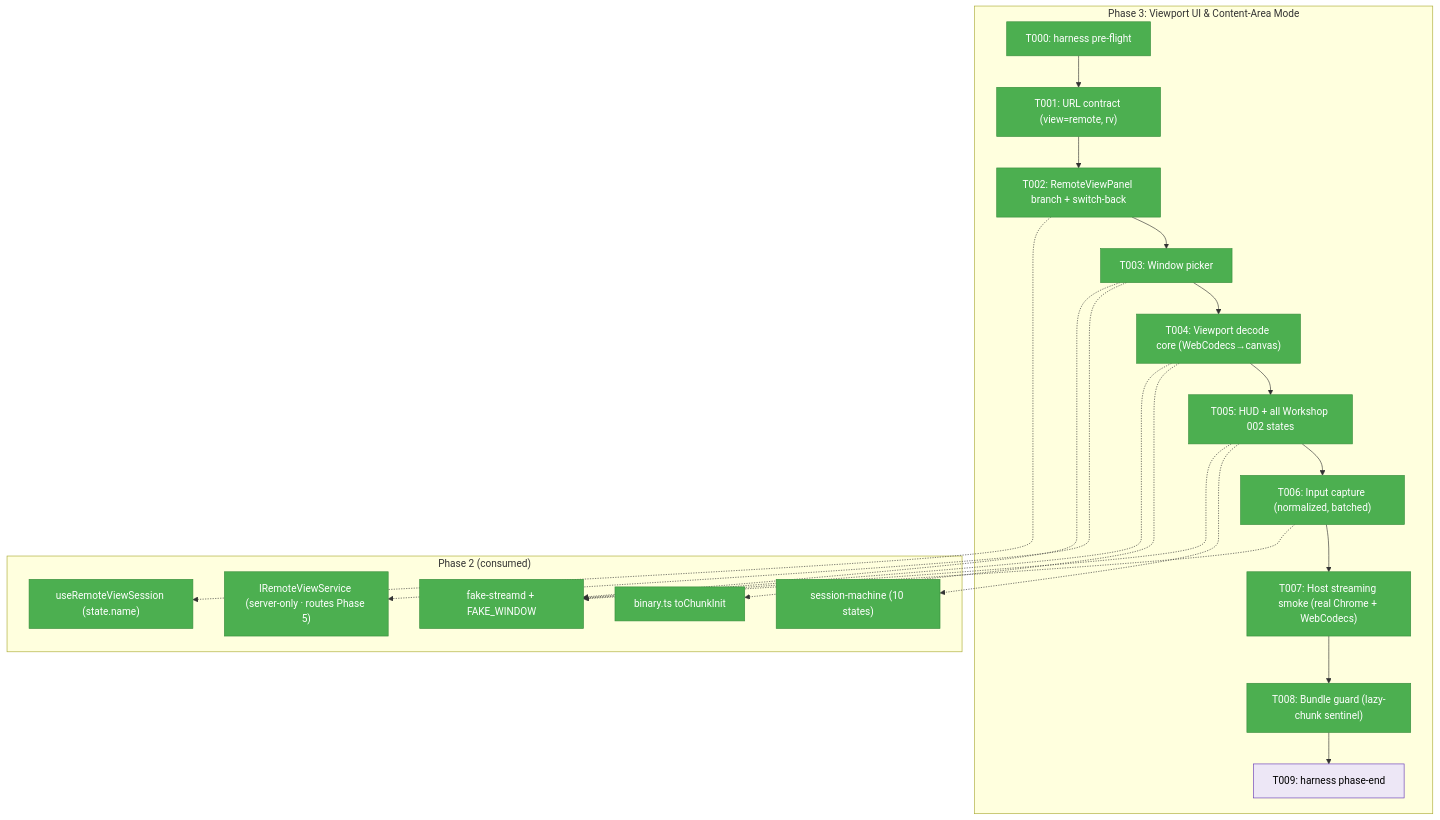
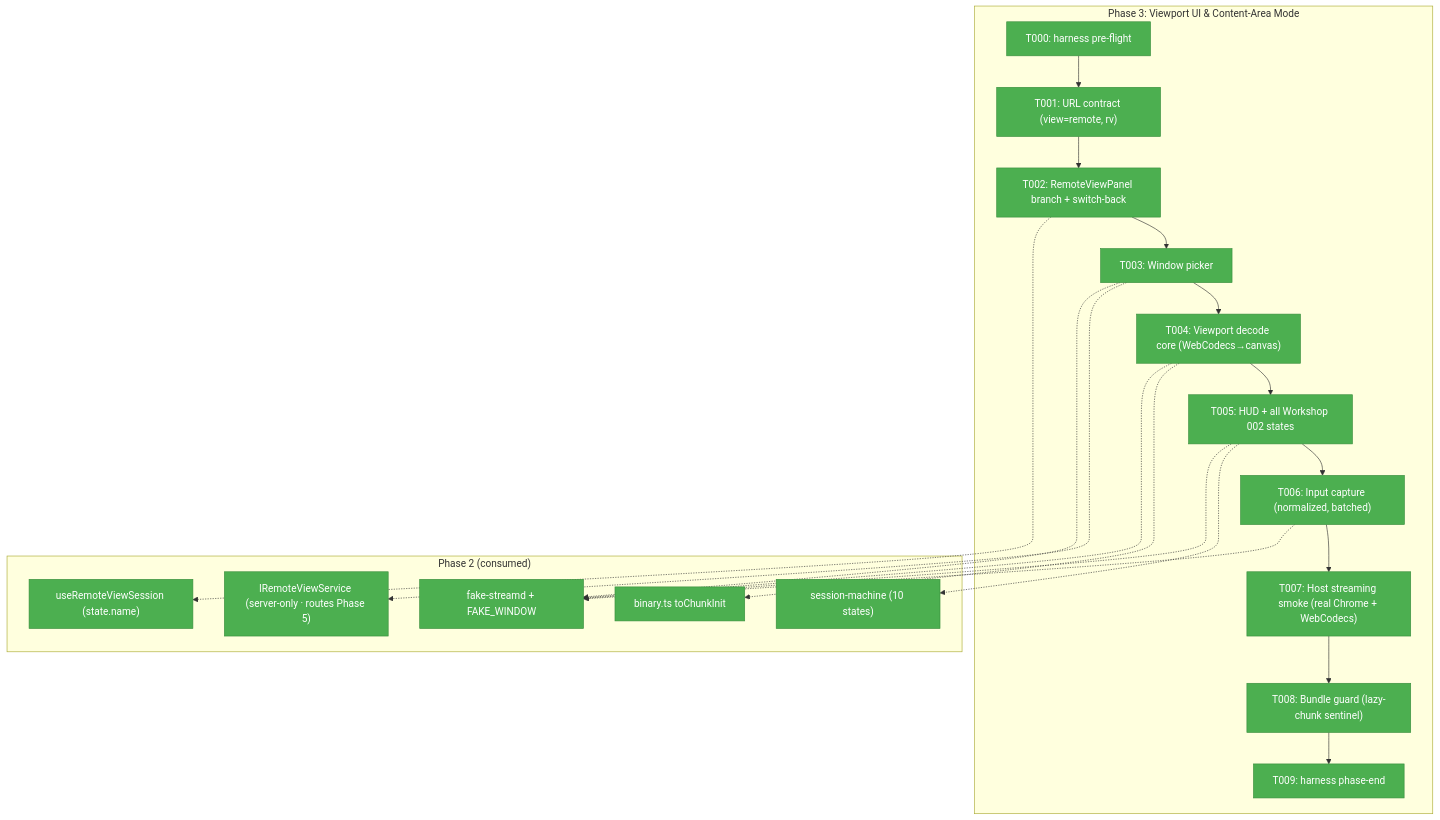
One commit to AI-Substrate/chainglass changed the first of 3 diagrams in docs/plans/088-remote-app-view/tasks/phase-3-viewport-ui-content-area-mode/tasks.md. Above: the diagram before and after it, drawn with Mermaid. The commit also changed other lines of this file and 5 other files, not shown here.

````diff
--- a/docs/plans/088-remote-app-view/tasks/phase-3-viewport-ui-content-area-mode/tasks.md
+++ b/docs/plans/088-remote-app-view/tasks/phase-3-viewport-ui-content-area-mode/tasks.md
@@ -90,36 +90,36 @@
 ```mermaid
 flowchart TD
     classDef pending fill:#9E9E9E,stroke:#757575,color:#fff
     classDef wip fill:#FF9800,stroke:#F57C00,color:#000
     classDef done fill:#4CAF50,stroke:#388E3C,color:#fff
     classDef seam fill:#EDE7F6,stroke:#673AB7,color:#000
     classDef reuse fill:#4CAF50,stroke:#388E3C,color:#fff
 
     subgraph Phase["Phase 3: Viewport UI & Content-Area Mode"]
         T000["T000: harness pre-flight"]:::done
         T001["T001: URL contract (view=remote, rv)"]:::done
         T002["T002: RemoteViewPanel branch + switch-back"]:::done
         T003["T003: Window picker"]:::done
         T004["T004: Viewport decode core (WebCodecs→canvas)"]:::done
         T005["T005: HUD + all Workshop 002 states"]:::done
         T006["T006: Input capture (normalized, batched)"]:::done
         T007["T007: Host streaming smoke (real Chrome + WebCodecs)"]:::done
         T008["T008: Bundle guard (lazy-chunk sentinel)"]:::done
-        T009["T009: harness phase-end"]:::seam
+        T009["T009: harness phase-end"]:::done
         T000 --> T001 --> T002 --> T003 --> T004 --> T005 --> T006 --> T007 --> T008 --> T009
     end
 
     subgraph Reuse["Phase 2 (consumed)"]
         H["useRemoteViewSession (state.name)"]:::reuse
         FSM["session-machine (10 states)"]:::reuse
         BIN["binary.ts toChunkInit"]:::reuse
         SVC["IRemoteViewService (server-only · routes Phase 5)"]:::reuse
         FAKE["fake-streamd + FAKE_WINDOW"]:::reuse
     end
 
     T002 -.-> H
     T003 -.-> SVC
     T004 -.-> BIN
     T005 -.-> FSM
     T003 & T004 & T005 & T006 -.-> FAKE
 ```
````
